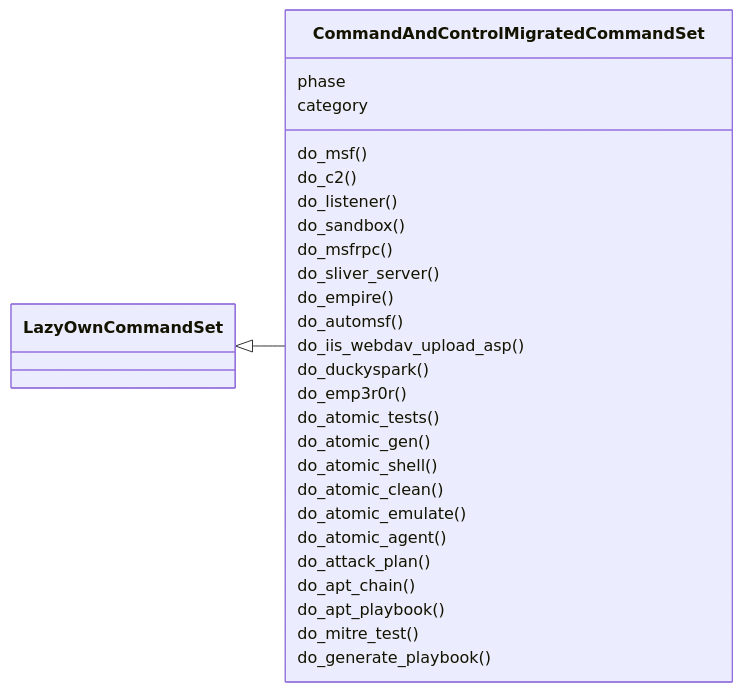
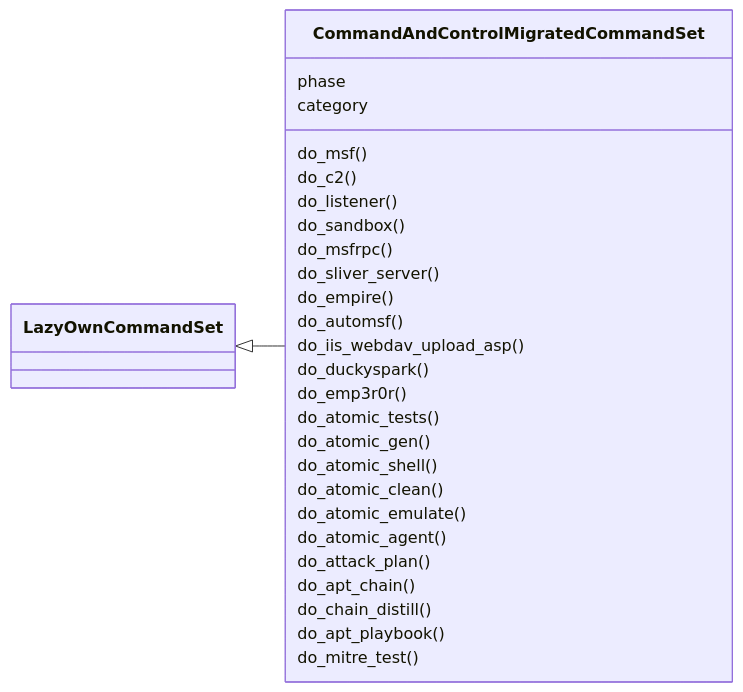
The first of 2 diagrams in readmenator-apidocs/modules/cli.commands.command_and_control_migrated.py.md (grisuno/LazyOwn), drawn with Mermaid before and after one commit. The commit also changed other lines of this file and 351 other files, not shown here.

````diff
--- a/readmenator-apidocs/modules/cli.commands.command_and_control_migrated.py.md
+++ b/readmenator-apidocs/modules/cli.commands.command_and_control_migrated.py.md
@@ -15,31 +15,31 @@
 ```mermaid
 classDiagram
     direction LR
     class CommandAndControlMigratedCommandSet
     CommandAndControlMigratedCommandSet : phase
     CommandAndControlMigratedCommandSet : category
     CommandAndControlMigratedCommandSet : do_msf()
     CommandAndControlMigratedCommandSet : do_c2()
     CommandAndControlMigratedCommandSet : do_listener()
     CommandAndControlMigratedCommandSet : do_sandbox()
     CommandAndControlMigratedCommandSet : do_msfrpc()
     CommandAndControlMigratedCommandSet : do_sliver_server()
     CommandAndControlMigratedCommandSet : do_empire()
     CommandAndControlMigratedCommandSet : do_automsf()
     CommandAndControlMigratedCommandSet : do_iis_webdav_upload_asp()
     CommandAndControlMigratedCommandSet : do_duckyspark()
     CommandAndControlMigratedCommandSet : do_emp3r0r()
     CommandAndControlMigratedCommandSet : do_atomic_tests()
     CommandAndControlMigratedCommandSet : do_atomic_gen()
     CommandAndControlMigratedCommandSet : do_atomic_shell()
     CommandAndControlMigratedCommandSet : do_atomic_clean()
     CommandAndControlMigratedCommandSet : do_atomic_emulate()
     CommandAndControlMigratedCommandSet : do_atomic_agent()
     CommandAndControlMigratedCommandSet : do_attack_plan()
     CommandAndControlMigratedCommandSet : do_apt_chain()
+    CommandAndControlMigratedCommandSet : do_chain_distill()
     CommandAndControlMigratedCommandSet : do_apt_playbook()
     CommandAndControlMigratedCommandSet : do_mitre_test()
-    CommandAndControlMigratedCommandSet : do_generate_playbook()
     class LazyOwnCommandSet
     LazyOwnCommandSet <|-- CommandAndControlMigratedCommandSet
 ```
````
